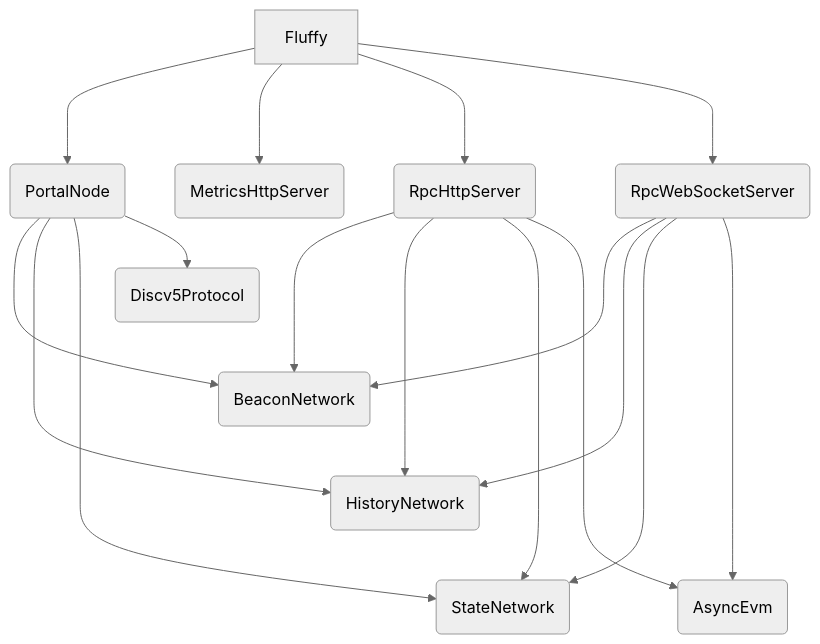
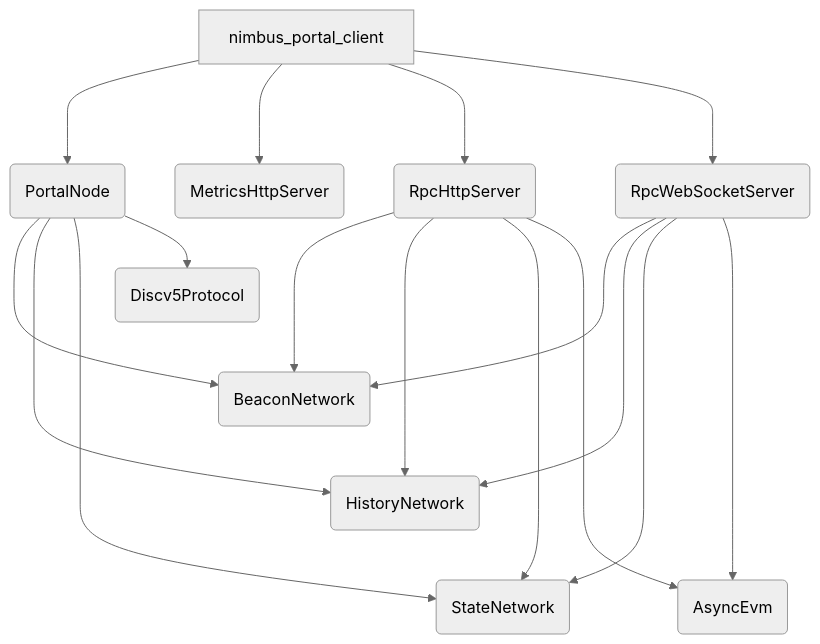
The first of 3 diagrams in portal/docs/the_fluffy_book/docs/architecture.md (status-im/nimbus-eth1), drawn with Mermaid (neutral theme) before and after one commit. The commit also changed other lines of this file and 128 other files, not shown here.

Commit message:
Mass replace for fluffy/Fluffy and portal_bridge in docs/comments

````diff
--- a/portal/docs/the_fluffy_book/docs/architecture.md
+++ b/portal/docs/the_fluffy_book/docs/architecture.md
@@ -9,11 +9,11 @@
 ```mermaid
 
 graph TD;
-    Fluffy ---> id2(PortalNode) & id5(MetricsHttpServer)
-    Fluffy ---> id3(RpcHttpServer) & id4(RpcWebSocketServer)
+    nimbus_portal_client ---> id2(PortalNode) & id5(MetricsHttpServer)
+    nimbus_portal_client ---> id3(RpcHttpServer) & id4(RpcWebSocketServer)
     id3(RpcHttpServer) & id4(RpcWebSocketServer) & id2(PortalNode) ---> id7(BeaconNetwork)
     id3(RpcHttpServer) & id4(RpcWebSocketServer) & id2(PortalNode) ----> id8(HistoryNetwork)
     id3(RpcHttpServer) & id4(RpcWebSocketServer) & id2(PortalNode) -----> id9(StateNetwork)
     id3(RpcHttpServer) & id4(RpcWebSocketServer) -----> id6(AsyncEvm)
     id2(PortalNode) --> id10(Discv5Protocol)
 ```
````
